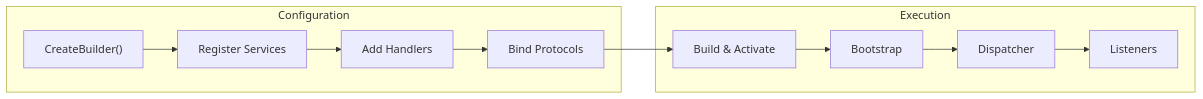
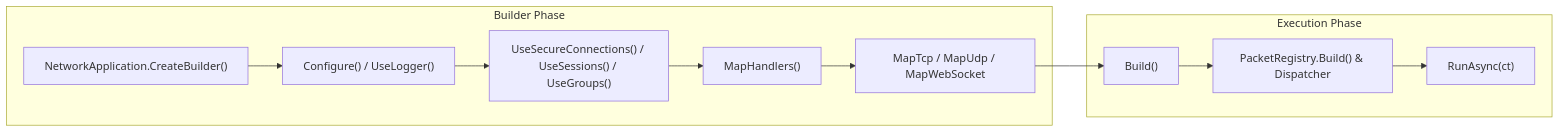
One commit to ppn-systems/nalix-docs changed the diagram in src/content/docs/en-us/packages/nalix-hosting.md. Above: the diagram before and after it, drawn with Mermaid. The commit also changed other lines of this file and 180 other files, not shown here.

````diff
--- a/src/content/docs/en-us/packages/nalix-hosting.md
+++ b/src/content/docs/en-us/packages/nalix-hosting.md
@@ -20,15 +23,15 @@
 ```mermaid
 flowchart LR
-    subgraph Config ["Configuration"]
-        A["CreateBuilder()"] --> B["Register Services"]
-        B --> C["Add Handlers"]
-        C --> D["Bind Protocols"]
+    subgraph Config ["Builder Phase"]
+        A["NetworkApplication.CreateBuilder()"] --> B["Configure<TOptions>() / UseLogger()"]
+        B --> C["UseSecureConnections() / UseSessions() / UseGroups()"]
+        C --> D["MapHandlers<THandler>()"]
+        D --> E["MapTcp / MapUdp / MapWebSocket"]
     end
 
-    subgraph Runtime ["Execution"]
-        D --> E["Build & Activate"]
-        E --> F["Bootstrap"]
-        F --> G["Dispatcher"]
-        G --> H["Listeners"]
+    subgraph Runtime ["Execution Phase"]
+        E --> F["Build()"]
+        F --> G["PacketRegistry.Build() & Dispatcher"]
+        G --> H["RunAsync(ct)"]
     end
 ```
````
